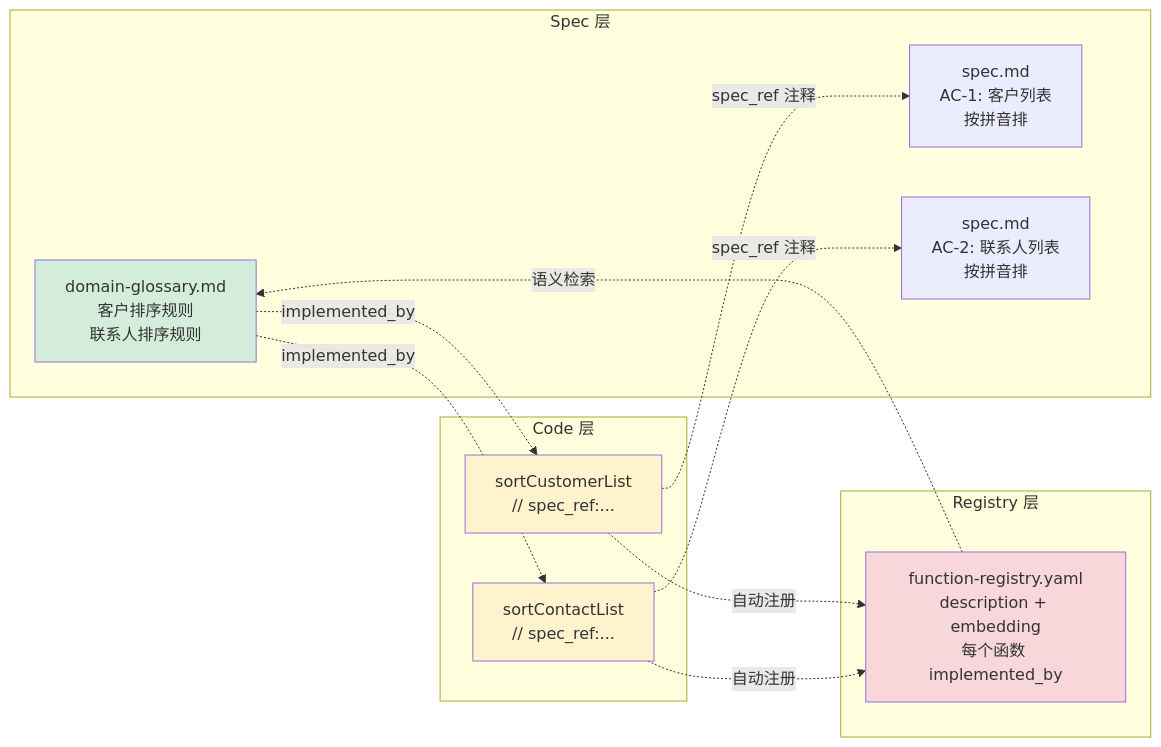
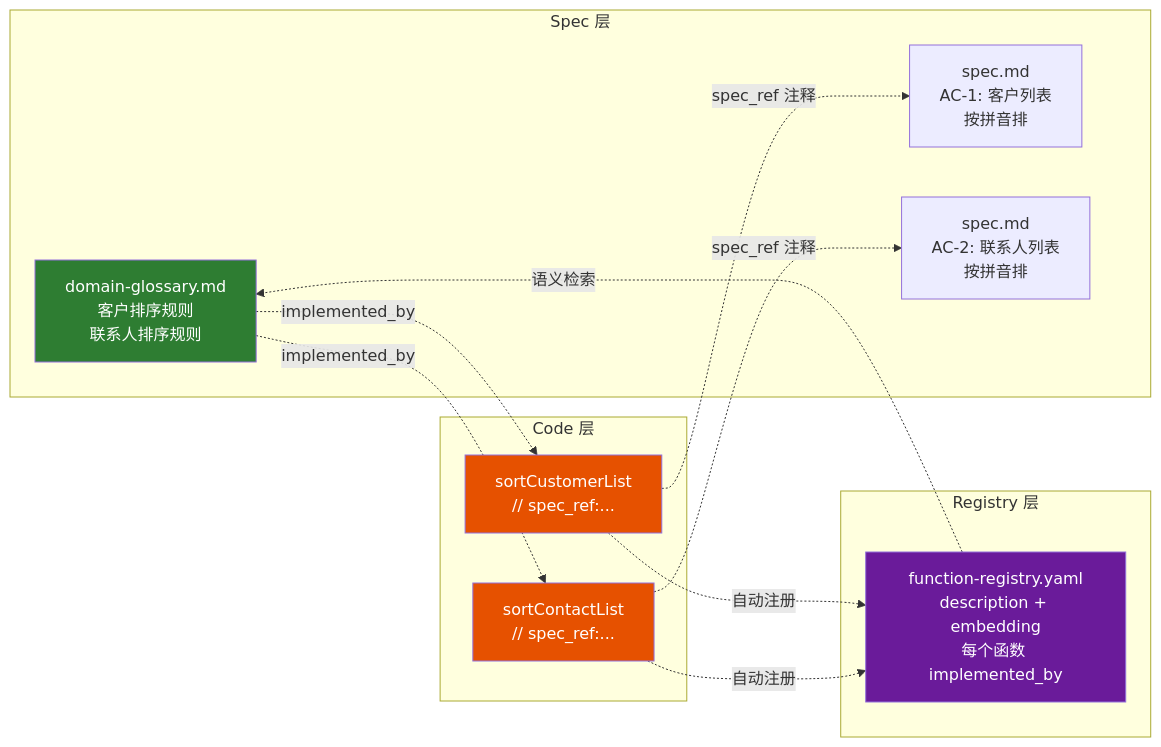
The tenth of 11 diagrams in docs/sdd/diagrams.md (chinaszzt/suiyin-v4), drawn with Mermaid before and after one commit. The commit also changed other lines of this file, not shown here.

First line of the commit message:
docs: diagrams.md 颜色改为高对比深色 + 白字

````diff
--- a/docs/sdd/diagrams.md
+++ b/docs/sdd/diagrams.md
@@ -306,30 +306,30 @@
 ```mermaid
 flowchart LR
     subgraph SL[Spec 层]
         SP1[spec.md<br/>AC-1: 客户列表<br/>按拼音排]
         SP2[spec.md<br/>AC-2: 联系人列表<br/>按拼音排]
         DG[domain-glossary.md<br/>客户排序规则<br/>联系人排序规则]
     end
     
     subgraph CL[Code 层]
         FN1[sortCustomerList<br/>// spec_ref:...]
         FN2[sortContactList<br/>// spec_ref:...]
     end
     
     subgraph RG[Registry 层]
         REG[function-registry.yaml<br/>description + embedding<br/>每个函数 implemented_by]
     end
     
     DG -.implemented_by.-> FN1
     DG -.implemented_by.-> FN2
     FN1 -.spec_ref 注释.-> SP1
     FN2 -.spec_ref 注释.-> SP2
     FN1 -.自动注册.-> REG
     FN2 -.自动注册.-> REG
     REG -.语义检索.-> DG
     
-    style DG fill:#d4edda
-    style REG fill:#f8d7da
-    style FN1 fill:#fff3cd
-    style FN2 fill:#fff3cd
+    style DG fill:#2E7D32,color:#fff
+    style REG fill:#6A1B9A,color:#fff
+    style FN1 fill:#E65100,color:#fff
+    style FN2 fill:#E65100,color:#fff
 ```
````
